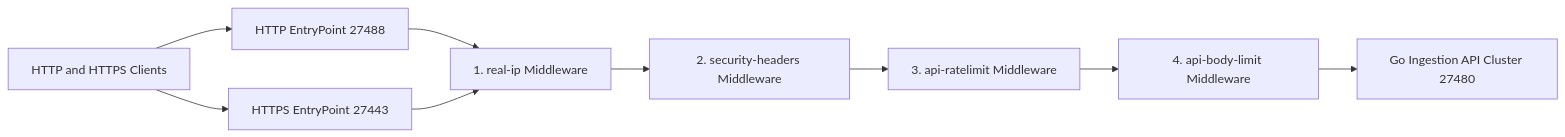
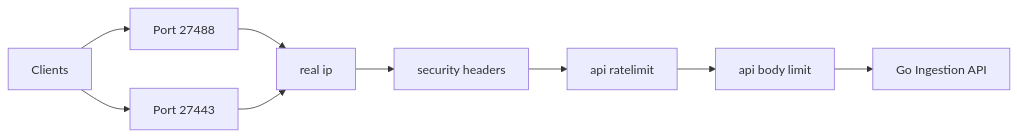
One commit to Chief-Strategist-J/messaging-pipeline changed the first of 4 diagrams in README.md. Above: the diagram before and after it, drawn with Mermaid. The commit also changed other lines of this file, not shown here.

Commit message:
docs: overhaul README with in-depth technical details, ASCII visual architecture diagrams, and universal graph LR blocks

````diff
--- a/README.md
+++ b/README.md
@@ -13,20 +42,11 @@
 ```mermaid
-flowchart LR
-    Client["HTTP and HTTPS Clients"]
-    EntryHTTP["HTTP EntryPoint 27488"]
-    EntryHTTPS["HTTPS EntryPoint 27443"]
-    RealIP["1. real-ip Middleware"]
-    SecHead["2. security-headers Middleware"]
-    RateLim["3. api-ratelimit Middleware"]
-    BodyLim["4. api-body-limit Middleware"]
-    IngestionAPI["Go Ingestion API Cluster 27480"]
-
-    Client --> EntryHTTP
-    Client --> EntryHTTPS
-    EntryHTTP --> RealIP
-    EntryHTTPS --> RealIP
-    RealIP --> SecHead
-    SecHead --> RateLim
-    RateLim --> BodyLim
-    BodyLim --> IngestionAPI
+graph LR
+    Client[Clients] --> HTTP[Port 27488]
+    Client --> HTTPS[Port 27443]
+    HTTP --> RealIP[real ip]
+    HTTPS --> RealIP
+    RealIP --> SecHeaders[security headers]
+    SecHeaders --> RateLimit[api ratelimit]
+    RateLimit --> BodyLimit[api body limit]
+    BodyLimit --> GoAPI[Go Ingestion API]
 ```
````
